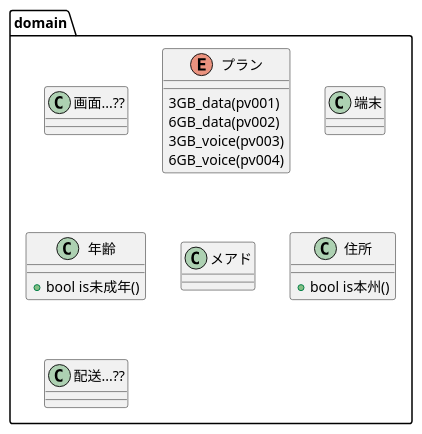
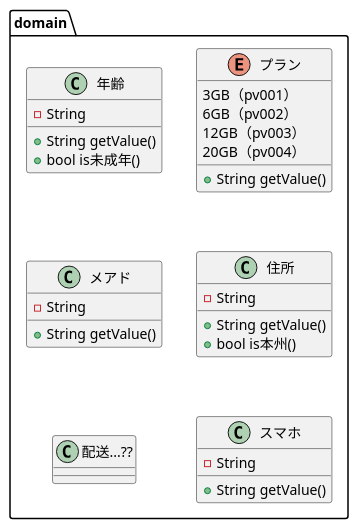
One commit to suzuki-hoge/genbade-ddd-tokyo changed the diagram in 1-noun.puml. Above: the diagram before and after it, drawn with PlantUML. The commit also changed 177 other files, not shown here.

```diff
--- a/1-noun.puml
+++ b/1-noun.puml
@@ -1,28 +1,42 @@
 @startuml
 
 package domain {
-  class "画面...??" as 画面
-
   enum プラン {
-    3GB_data(pv001)
-    6GB_data(pv002)
-    3GB_voice(pv003)
-    6GB_voice(pv004)
+    3GB（pv001）
+    6GB（pv002）
+    12GB（pv003）
+    20GB（pv004）
+    + String getValue()
   }
 
-  class 端末
-
   class 年齢 {
+    - String
+    + String getValue()
     + bool is未成年()
   }
 
-  class メアド
+  class メアド {
+    - String
+    + String getValue()
+  }
+
+  class スマホ {
+    - String
+    + String getValue()
+  }
 
   class 住所 {
+    - String
+    + String getValue()
     + bool is本州()
   }
 
   class "配送...??" as 配送
+
+  プラン -[hidden]d-> 住所
+  年齢 -[hidden]d-> メアド
+  メアド -[hidden]d-> 配送
+  住所 -[hidden]d-> スマホ
 }
 
 @enduml
```
